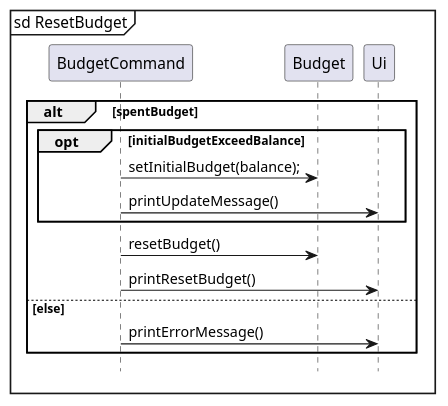
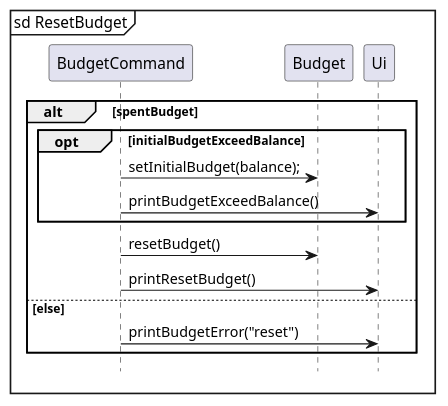
The diagram in docs/diagrams/resetBudget.puml (nus-cs2113-AY2324S1/tp), drawn with PlantUML before and after one commit. The commit also changed 9 other files, not shown here.

Commit message:
Extract method in budget command and update DG

```diff
--- a/docs/diagrams/resetBudget.puml
+++ b/docs/diagrams/resetBudget.puml
@@ -1,20 +1,20 @@
 @startuml
 
 mainframe sd ResetBudget
 participant BudgetCommand
 participant Budget
 participant Ui
 
 alt spentBudget
     opt initialBudgetExceedBalance
         BudgetCommand -> Budget: setInitialBudget(balance);
-        BudgetCommand -> Ui: printUpdateMessage()
+        BudgetCommand -> Ui: printBudgetExceedBalance()
     end
     BudgetCommand -> Budget: resetBudget()
     BudgetCommand -> Ui: printResetBudget()
 else else
-    BudgetCommand -> Ui: printErrorMessage()
+    BudgetCommand -> Ui: printBudgetError("reset")
 end
 
 hide footbox
 @enduml
```
